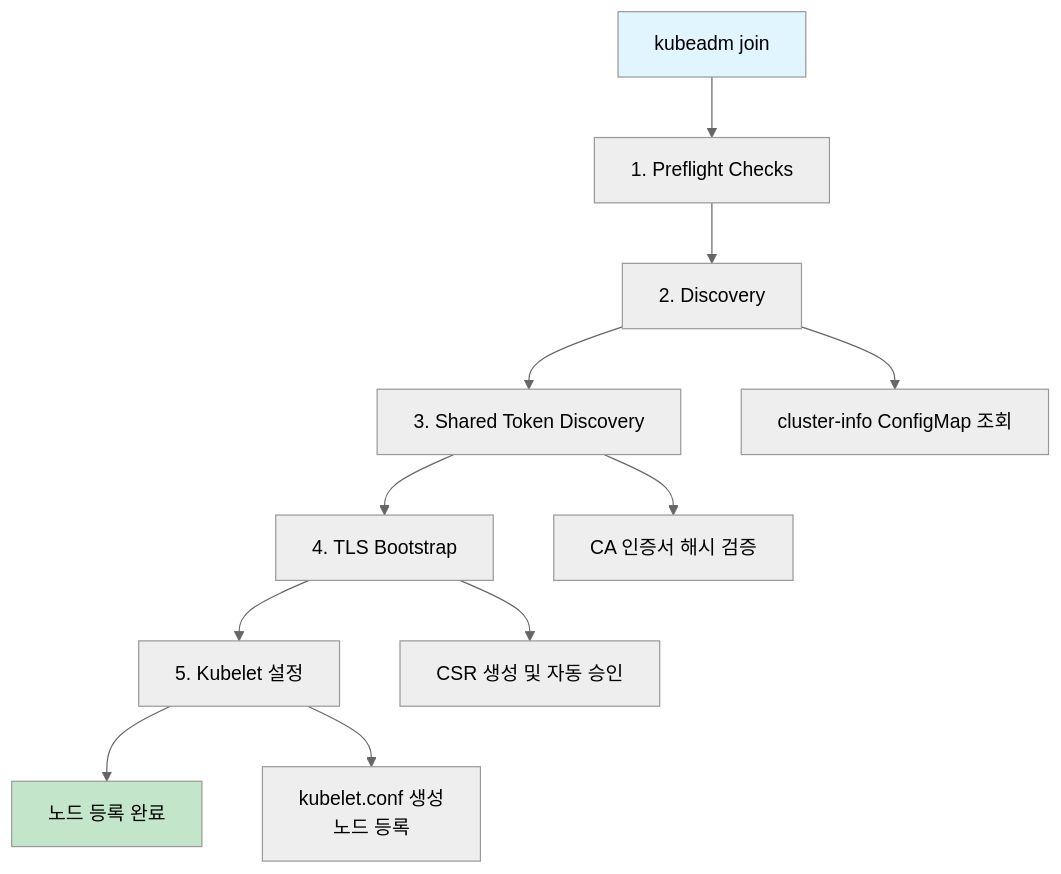
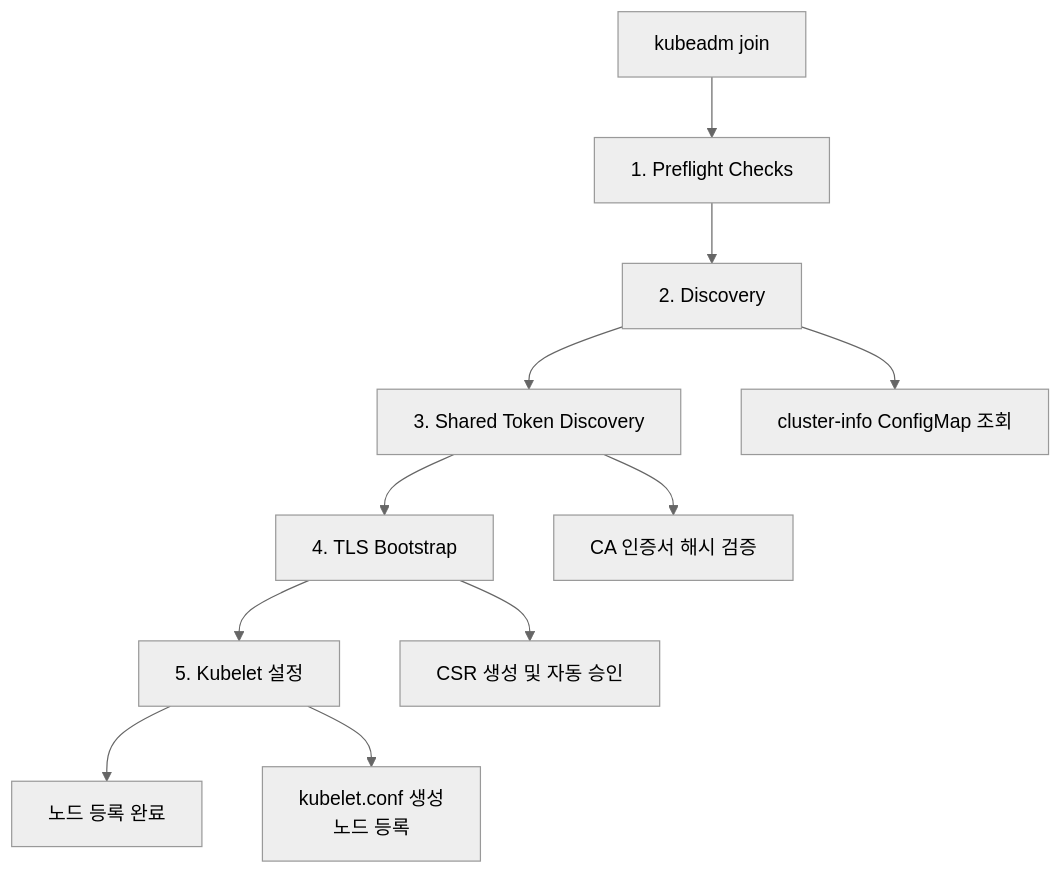
Before and after one commit to juwon8891/juwon8891.github.io: the second of 8 diagrams in docs/k8s-deploy/week3-kubeadm-upgrade.md, drawn with Mermaid (neutral theme). The commit also changed other lines of this file and 18 other files, not shown here.

Commit message:
Remove bright colors from Mermaid diagrams for dark mode compatibility

````diff
--- a/docs/k8s-deploy/week3-kubeadm-upgrade.md
+++ b/docs/k8s-deploy/week3-kubeadm-upgrade.md
@@ -175,17 +173,15 @@
 ```mermaid
 flowchart TD
     A[kubeadm join] --> B["1. Preflight Checks"]
     B --> C["2. Discovery"]
     C --> D["3. Shared Token Discovery"]
     D --> E["4. TLS Bootstrap"]
     E --> F["5. Kubelet 설정"]
     F --> G[노드 등록 완료]
 
     C --> C1["cluster-info ConfigMap 조회"]
     D --> D1["CA 인증서 해시 검증"]
     E --> E1["CSR 생성 및 자동 승인"]
     F --> F1["kubelet.conf 생성<br>노드 등록"]
 
-    style A fill:#e1f5ff
-    style G fill:#c3e6cb
 ```
````
